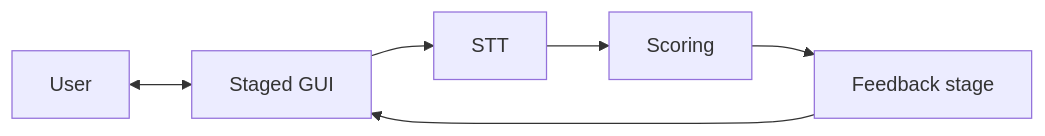
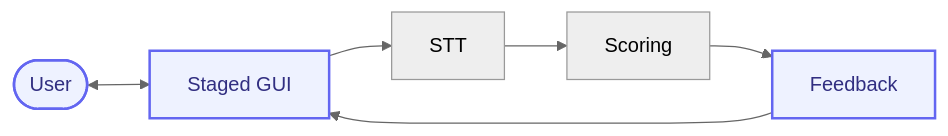
The diagram in docs/en/README.md (louis-li-builds/mock-interview-coach-stt-star-feedback-scoring-nlp-uts-project), drawn with Mermaid before and after one commit. The commit also changed 3 other files, not shown here.

First line of the commit message:
docs: polish Mermaid diagrams and sync scoring UI labels

````diff
--- a/docs/en/README.md
+++ b/docs/en/README.md
@@ -37,14 +37,15 @@
 ```mermaid
+%%{init: {'theme':'neutral','flowchart':{'curve':'basis'}}}%%
 flowchart LR
-  U[User]
+  U([User])
   G[Staged GUI]
   STT[STT]
   SC[Scoring]
-  FB[Feedback stage]
+  FB[Feedback]
 
   U <--> G
-  G --> STT
-  STT --> SC
-  SC --> FB
-  FB --> G
+  G --> STT --> SC --> FB --> G
+
+  classDef n fill:#eef2ff,stroke:#6366f1,stroke-width:2px,color:#312e81
+  class U,G,FB n
 ```
````
